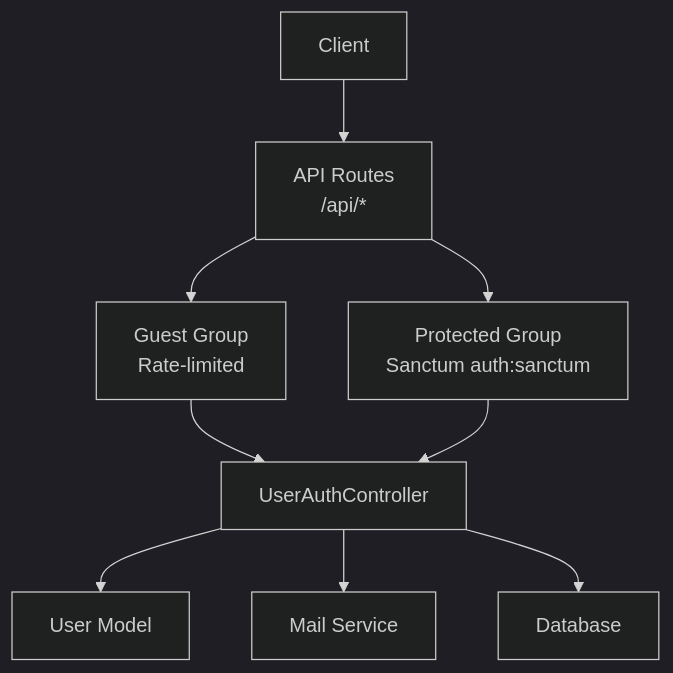
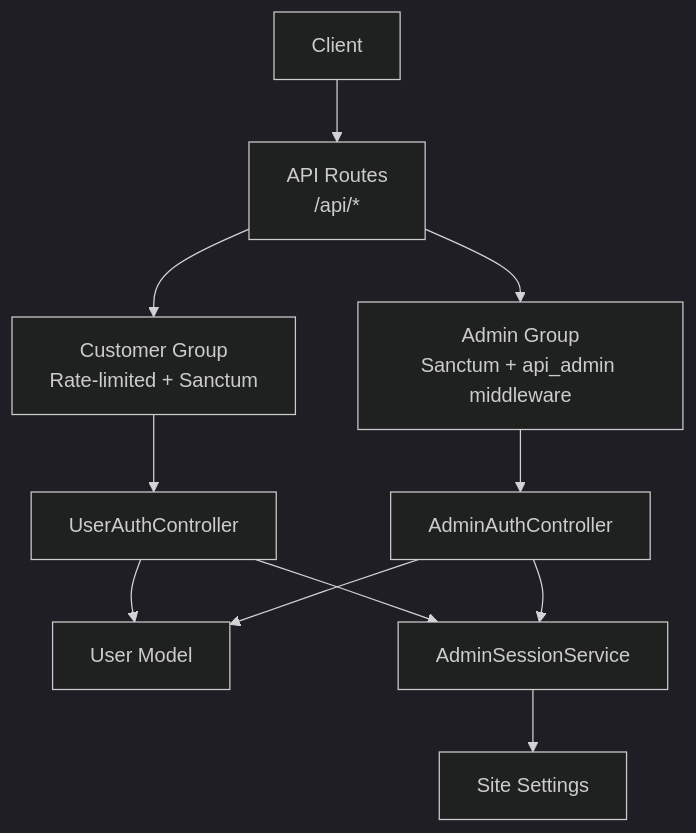
One commit to mahbub095/bus-app changed the first of 5 diagrams in .qoder/repowiki/en/content/Backend API/Authentication API.md. Above: the diagram before and after it, drawn with Mermaid (dark theme). The commit also changed other lines of this file and 460 other files, not shown here.

````diff
--- a/.qoder/repowiki/en/content/Backend API/Authentication API.md
+++ b/.qoder/repowiki/en/content/Backend API/Authentication API.md
@@ -41,11 +56,13 @@
 ```mermaid
 graph TB
 Client["Client"] --> Routes["API Routes<br/>/api/*"]
-Routes --> AuthGuest["Guest Group<br/>Rate-limited"]
-Routes --> AuthProtected["Protected Group<br/>Sanctum auth:sanctum"]
-AuthGuest --> Controller["UserAuthController"]
-AuthProtected --> Controller
-Controller --> UserModel["User Model"]
-Controller --> Mail["Mail Service"]
-Controller --> DB["Database"]
+Routes --> CustomerGroup["Customer Group<br/>Rate-limited + Sanctum"]
+Routes --> AdminGroup["Admin Group<br/>Sanctum + api_admin middleware"]
+CustomerGroup --> CustomerCtrl["UserAuthController"]
+AdminGroup --> AdminCtrl["AdminAuthController"]
+CustomerCtrl --> UserModel["User Model"]
+AdminCtrl --> UserModel
+CustomerCtrl --> AdminSessionService["AdminSessionService"]
+AdminCtrl --> AdminSessionService
+AdminSessionService --> SiteSettings["Site Settings"]
 ```
````
